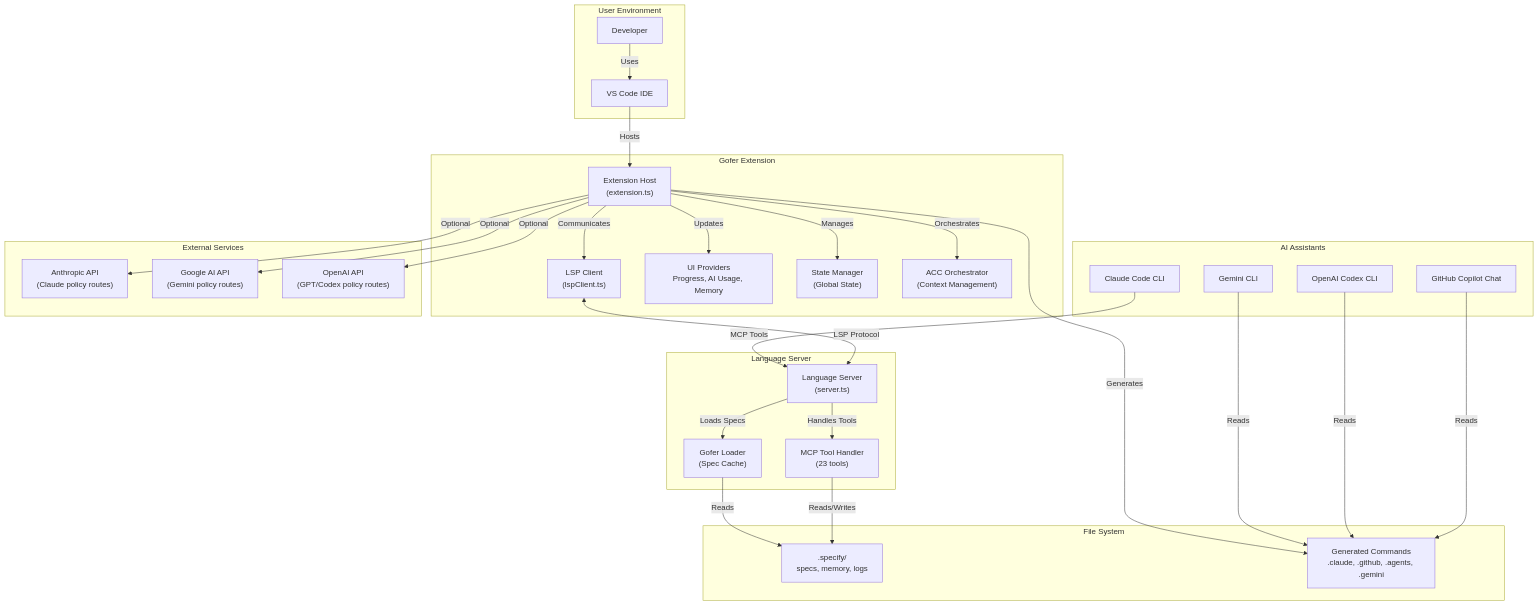
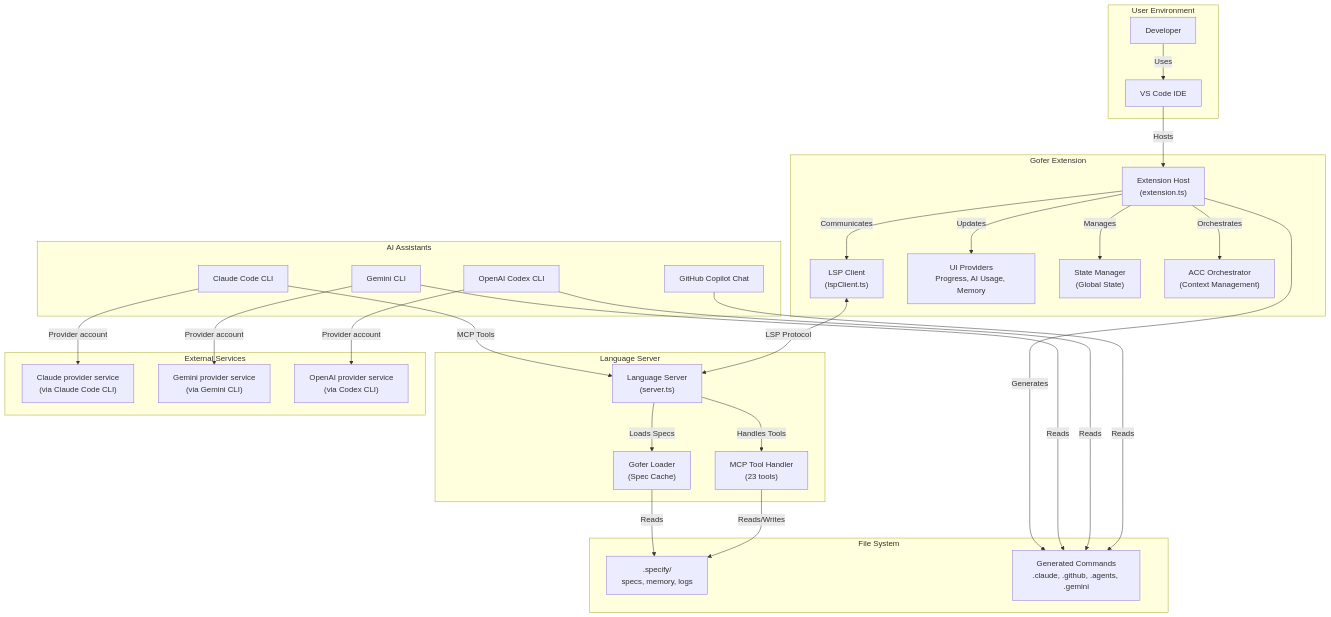
Before and after one commit to eai-tools/eai-gofer: the first of 6 diagrams in .tech-docs/architecture.md, drawn with Mermaid. The commit also changed other lines of this file and 1000 other files, not shown here.

````diff
--- a/.tech-docs/architecture.md
+++ b/.tech-docs/architecture.md
@@ -14,62 +20,62 @@
 ```mermaid
 flowchart TB
     subgraph "User Environment"
         VSCode["VS Code IDE"]
         User["Developer"]
     end
 
     subgraph "Gofer Extension"
         ExtHost["Extension Host<br/>(extension.ts)"]
         LSPClient["LSP Client<br/>(lspClient.ts)"]
         UI["UI Providers<br/>Progress, AI Usage, Memory"]
         StateManager["State Manager<br/>(Global State)"]
         ACCOrch["ACC Orchestrator<br/>(Context Management)"]
     end
 
     subgraph "Language Server"
         LSPServer["Language Server<br/>(server.ts)"]
         MCPHandler["MCP Tool Handler<br/>(23 tools)"]
         GoferLoader["Gofer Loader<br/>(Spec Cache)"]
     end
 
     subgraph "AI Assistants"
         Claude["Claude Code CLI"]
         Copilot["GitHub Copilot Chat"]
         Codex["OpenAI Codex CLI"]
         Gemini["Gemini CLI"]
     end
 
     subgraph "File System"
         Specify[".specify/<br/>specs, memory, logs"]
         Generated["Generated Commands<br/>.claude, .github, .agents, .gemini"]
     end
 
     subgraph "External Services"
-        AnthropicAPI["Anthropic API<br/>(Claude policy routes)"]
-        GoogleAPI["Google AI API<br/>(Gemini policy routes)"]
-        OpenAIAPI["OpenAI API<br/>(GPT/Codex policy routes)"]
+        ClaudeService["Claude provider service<br/>(via Claude Code CLI)"]
+        GeminiService["Gemini provider service<br/>(via Gemini CLI)"]
+        CodexService["OpenAI provider service<br/>(via Codex CLI)"]
     end
 
     User -->|Uses| VSCode
     VSCode -->|Hosts| ExtHost
     ExtHost -->|Communicates| LSPClient
     LSPClient <-->|LSP Protocol| LSPServer
     ExtHost -->|Updates| UI
     ExtHost -->|Manages| StateManager
     ExtHost -->|Orchestrates| ACCOrch
-    
+
     LSPServer -->|Handles Tools| MCPHandler
     LSPServer -->|Loads Specs| GoferLoader
     MCPHandler -->|Reads/Writes| Specify
     GoferLoader -->|Reads| Specify
-    
+
     Claude -->|MCP Tools| LSPServer
     Copilot -->|Reads| Generated
     Codex -->|Reads| Generated
     Gemini -->|Reads| Generated
-    
+
     ExtHost -->|Generates| Generated
-    ExtHost -->|Optional| AnthropicAPI
-    ExtHost -->|Optional| GoogleAPI
-    ExtHost -->|Optional| OpenAIAPI
+    Claude -->|Provider account| ClaudeService
+    Gemini -->|Provider account| GeminiService
+    Codex -->|Provider account| CodexService
 ```
````
